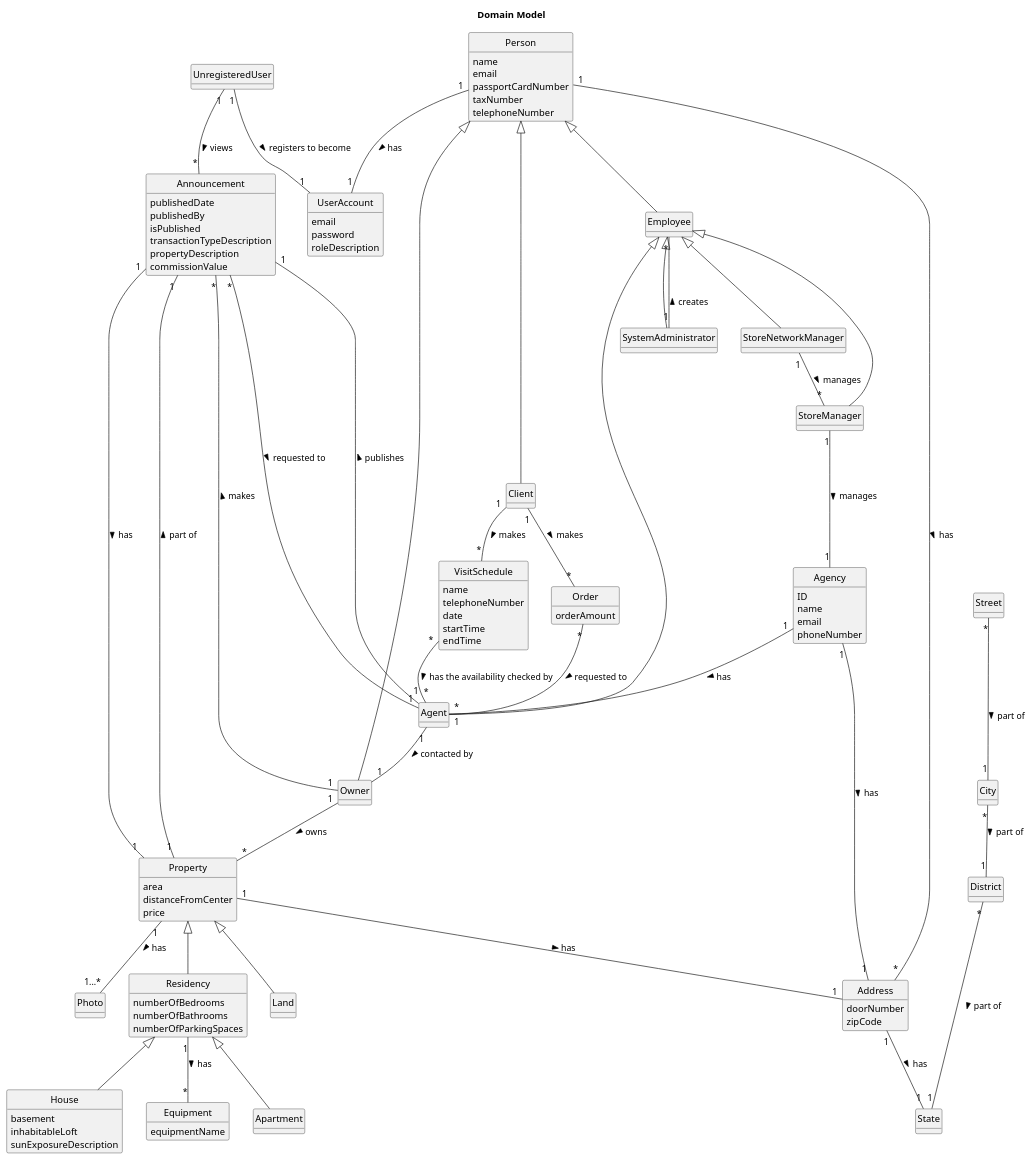
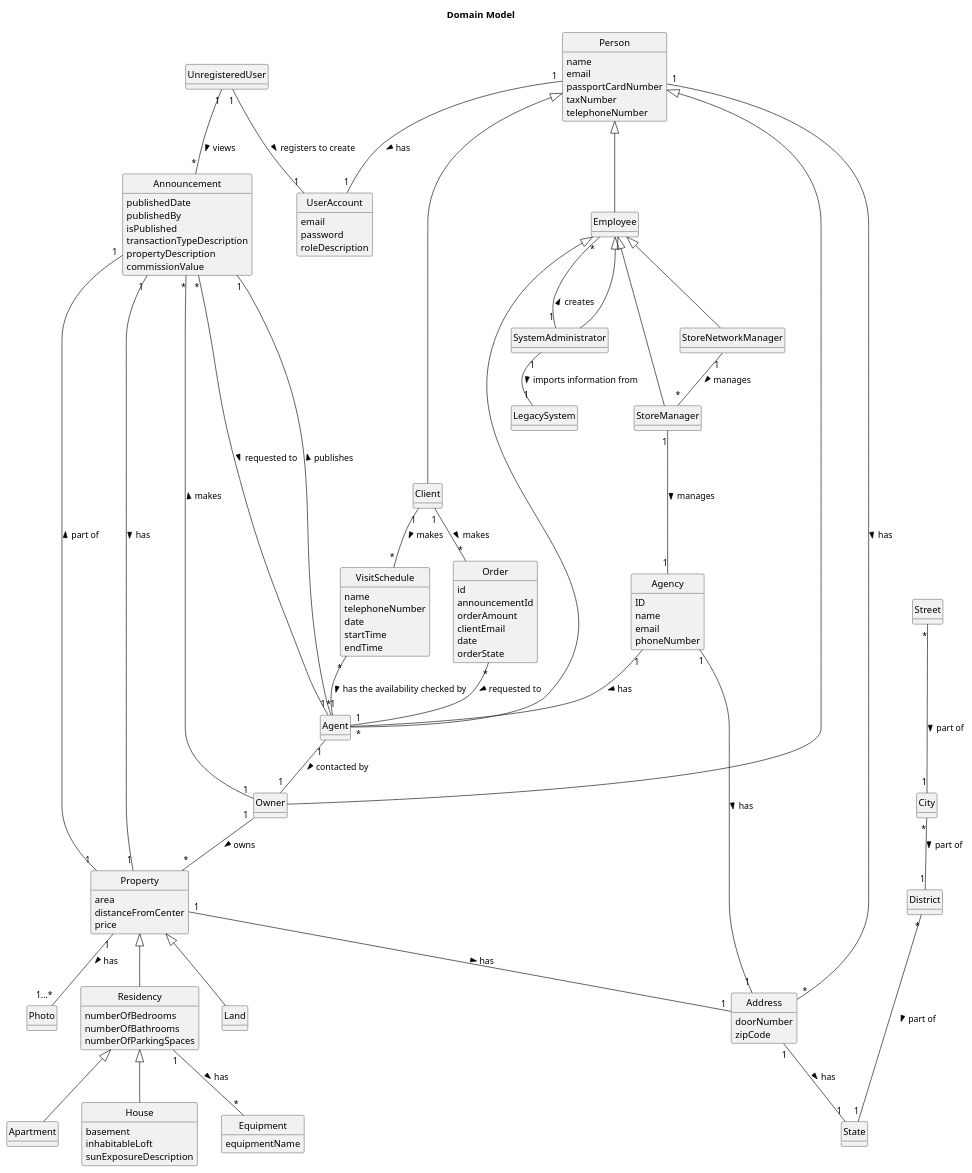
The diagram in docs/sprintC/global-artifacts/02.analysis/puml/project-domain-model.puml (Goncalves2525/real-estate-management-system), drawn with PlantUML before and after one commit. The commit also changed 11 other files, not shown here.

```diff
--- a/docs/sprintC/global-artifacts/02.analysis/puml/project-domain-model.puml
+++ b/docs/sprintC/global-artifacts/02.analysis/puml/project-domain-model.puml
@@ -1,168 +1,177 @@
 @startuml
 skinparam monochrome true
 skinparam packageStyle rectangle
 skinparam shadowing false
 skinparam classAttributeIconSize 0
 'skinparam linetype ortho
 hide circle
 hide methods
 
 title Domain Model
 
 class Client extends Person{
 }
 
 class Owner extends Person {
 }
 
 class Employee extends Person{
 }
 
 class Agent extends Employee{
 }
 
 class Order{
+    id
+    announcementId
     orderAmount
+    clientEmail
+    date
+    orderState
 }
 
 class UserAccount {
     email
     password
     roleDescription
 }
 
 class Person{
     name
     email
     passportCardNumber
     taxNumber
     telephoneNumber
 }
 
 class Agency{
     ID
     name
     email
     phoneNumber
 }
 
 class Property{
     area
     distanceFromCenter
     price
 }
 
 class Photo {
 }
 
 class Address{
     doorNumber
     zipCode
 }
 
 
 class City{
 }
 
 class District{
 }
 
 class State{
 }
 
 class Street{
 }
 
 class Apartment extends Residency{
 }
 
 class House extends Residency{
     basement
     inhabitableLoft
     sunExposureDescription
 
 }
 
 class Residency extends Property{
     numberOfBedrooms
     numberOfBathrooms
     numberOfParkingSpaces
 
 }
 
 class Announcement{
     publishedDate
     publishedBy
     isPublished
     transactionTypeDescription
     propertyDescription
     commissionValue
 }
 
 
 
 
 class Land extends Property{
 }
 
 class Equipment{
     equipmentName
 }
 
 
 
 class SystemAdministrator extends Employee{
 }
 
 class StoreManager extends Employee{
 }
 
 class StoreNetworkManager extends Employee{
 }
 
 
 
 class UnregisteredUser{
 }
 
 class VisitSchedule{
     name
     telephoneNumber
     date
     startTime
     endTime
 }
 
+class LegacySystem{
+}
+
 'class Request{
 '}
 
-UnregisteredUser "1" -- "1" UserAccount : registers to become >
+UnregisteredUser "1" -- "1" UserAccount : registers to create >
 Agent "1" -- "1" Announcement: publishes >
 StoreNetworkManager "1" -- "*" StoreManager: manages >
 Agency "1" -- "*" Agent: has >
 SystemAdministrator "1" -- "*" Employee: creates >
 
 Agent "1" -- "1" Owner : contacted by >
 Owner "1" -- "*" Property: owns >
 Owner "1" -- "*" Announcement: makes >
 Announcement "*" -- "1" Agent: requested to >
 Announcement "1" - "1" Property: has >
 Address "1" -- "1" State : has >
 City "*" -- "1" District : part of >
 District "*" --- "1" State : part of >
 Property "1" -- "1...*" Photo: has >
 Residency "1" -- "*" Equipment: has >
 Announcement "1" -- "1" Property: part of <
 Person "1" -- "*" Address: has >
 Property "1" -- "1" Address: has >
 StoreManager "1" --- "1" Agency: manages >
 Agency "1" -- "1" Address: has >
 UnregisteredUser "1" -- "*" Announcement: views >
 Client "1" -- "*" Order : makes >
 Order "*" -- "1" Agent : requested to >
 Street "*" --- "1" City : part of >
 Person "1" -- "1" UserAccount: has >
 Client "1" -- "*" VisitSchedule : makes >
 VisitSchedule "*" -- "*" Agent : has the availability checked by >
+SystemAdministrator "1" -- "1" LegacySystem : imports information from >
 
 @enduml
```
